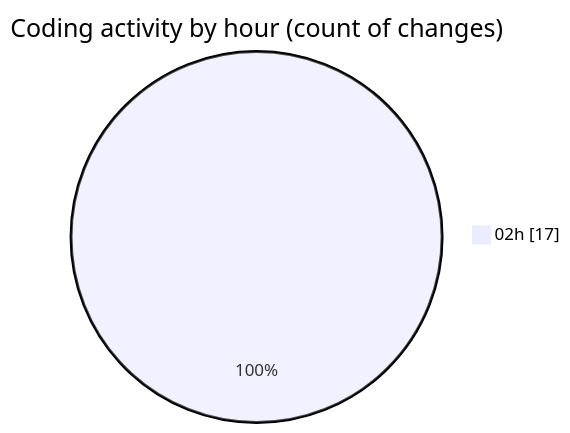
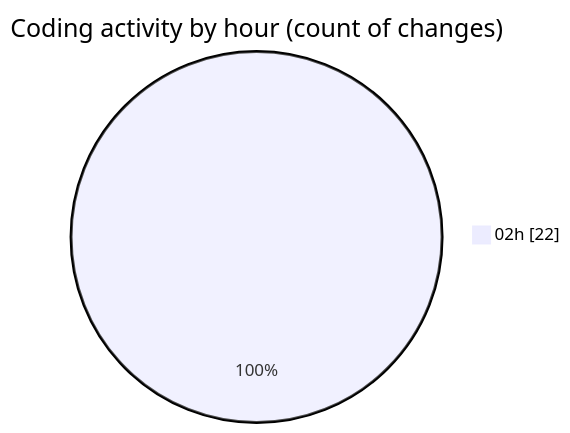
Before and after one commit to lephambinh05/code-tracking: the second of 2 diagrams in 2025-07-23/quanlyrapchieuphim/README.md, drawn with Mermaid. The commit also changed other lines of this file and 1 other file, not shown here.

````diff
--- a/2025-07-23/quanlyrapchieuphim/README.md
+++ b/2025-07-23/quanlyrapchieuphim/README.md
@@ -34,5 +38,5 @@
 ```mermaid
 pie showData
 title Coding activity by hour (count of changes)
-"02h" : 17
+"02h" : 22
 ```
````
